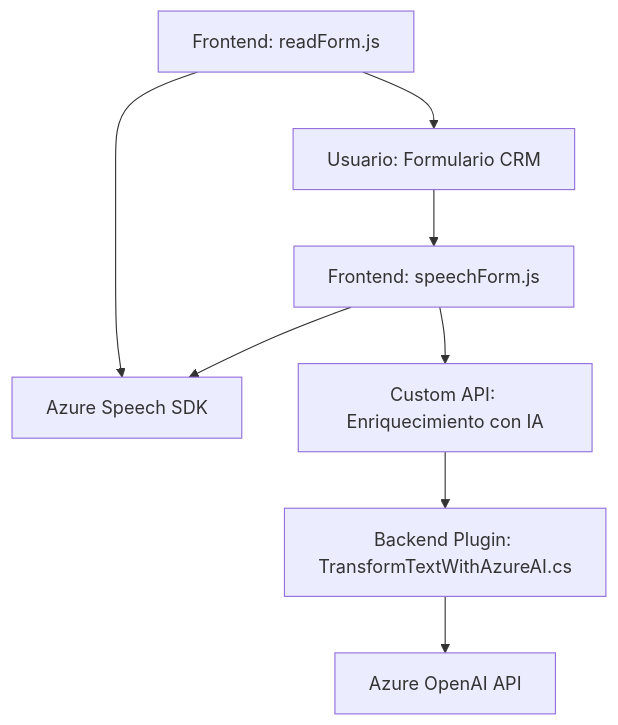
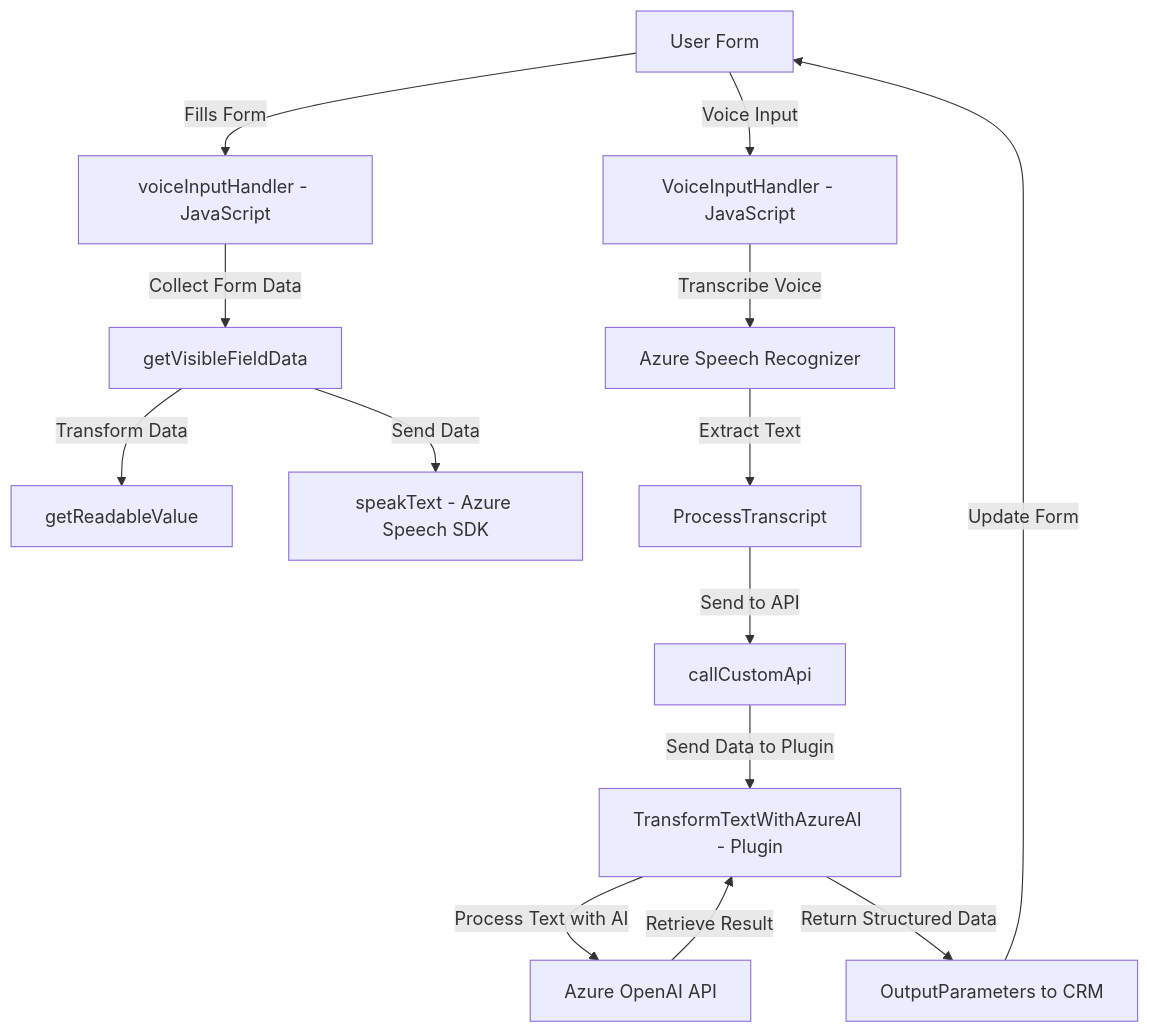
The diagram in README.md (blopezdm/NETCORE_BILBAO2025), drawn with Mermaid before and after one commit. The commit also changed other lines of this file, not shown here.

Commit message:
Actualizar análisis global de la solución con IA

````diff
--- a/README.md
+++ b/README.md
@@ -45,10 +56,16 @@
 ```mermaid
 graph TD
-    A["Frontend: readForm.js"] --> B["Azure Speech SDK"]
-    A --> C["Usuario: Formulario CRM"]
-    C --> D["Frontend: speechForm.js"]
-    D --> B
-    D --> E["Custom API: Enriquecimiento con IA"]
-    E --> F["Backend Plugin: TransformTextWithAzureAI.cs"]
-    F --> G["Azure OpenAI API"]
+    A[User Form] -->|Fills Form| B["voiceInputHandler - JavaScript"]
+    B -->|Collect Form Data| C["getVisibleFieldData"]
+    C -->|Transform Data| D["getReadableValue"]
+    C -->|Send Data| E["speakText - Azure Speech SDK"]
+    A -->|Voice Input| F["VoiceInputHandler - JavaScript"]
+    F -->|Transcribe Voice| G["Azure Speech Recognizer"]
+    G -->|Extract Text| H["ProcessTranscript"]
+    H -->|Send to API| I["callCustomApi"]
+    I -->|Send Data to Plugin| J["TransformTextWithAzureAI - Plugin"]
+    J -->|Process Text with AI| K["Azure OpenAI API"]
+    K -->|Retrieve Result| J
+    J -->|Return Structured Data| L["OutputParameters to CRM"]
+    L -->|Update Form| A
 ```
````
